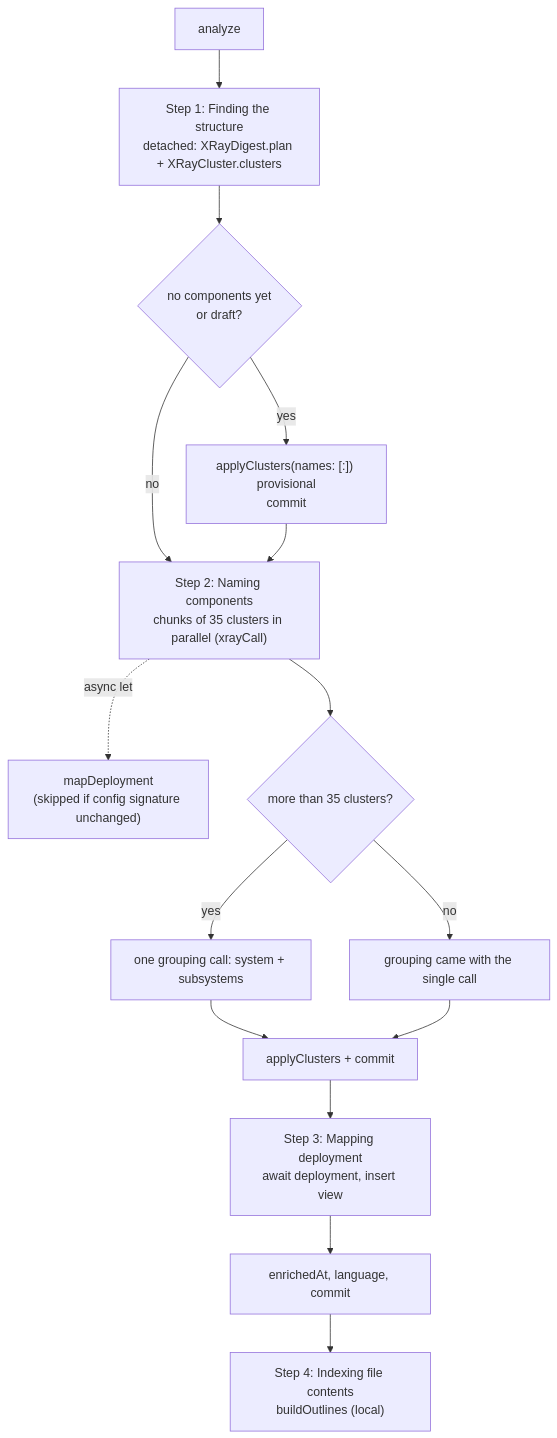
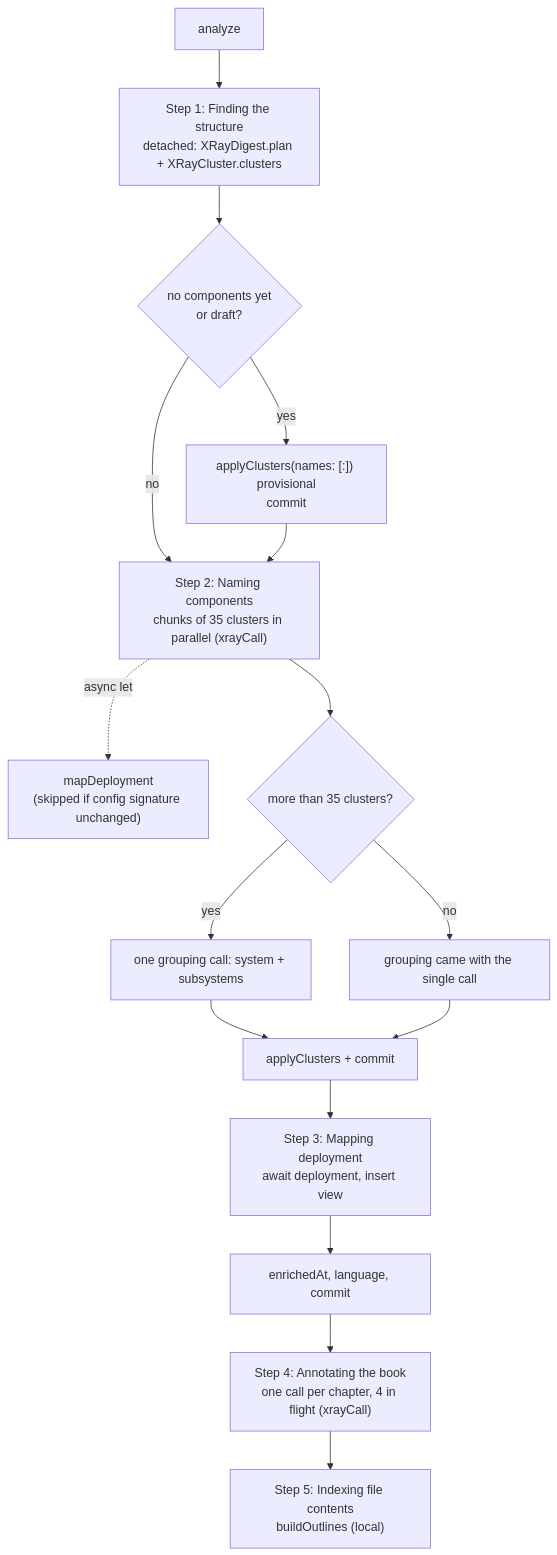
The second of 3 diagrams in docs/architecture/modules/architecture-and-xray.md (t-boris/MarkView), drawn with Mermaid before and after one commit. The commit also changed other lines of this file and 25 other files, not shown here.

````diff
--- a/docs/architecture/modules/architecture-and-xray.md
+++ b/docs/architecture/modules/architecture-and-xray.md
@@ -373,17 +380,18 @@
 ```mermaid
 flowchart TD
     A[analyze] --> B["Step 1: Finding the structure<br/>detached: XRayDigest.plan + XRayCluster.clusters"]
     B --> C{no components yet<br/>or draft?}
     C -- yes --> D["applyClusters(names: [:]) provisional<br/>commit"]
     C -- no --> E
     D --> E["Step 2: Naming components<br/>chunks of 35 clusters in parallel (xrayCall)"]
     E -. async let .-> F["mapDeployment<br/>(skipped if config signature unchanged)"]
     E --> G{more than 35 clusters?}
     G -- yes --> H[one grouping call: system + subsystems]
     G -- no --> I[grouping came with the single call]
     H --> J[applyClusters + commit]
     I --> J
     J --> K["Step 3: Mapping deployment<br/>await deployment, insert view"]
     K --> L[enrichedAt, language, commit]
-    L --> M["Step 4: Indexing file contents<br/>buildOutlines (local)"]
+    L --> M["Step 4: Annotating the book<br/>one call per chapter, 4 in flight (xrayCall)"]
+    M --> N["Step 5: Indexing file contents<br/>buildOutlines (local)"]
 ```
````
